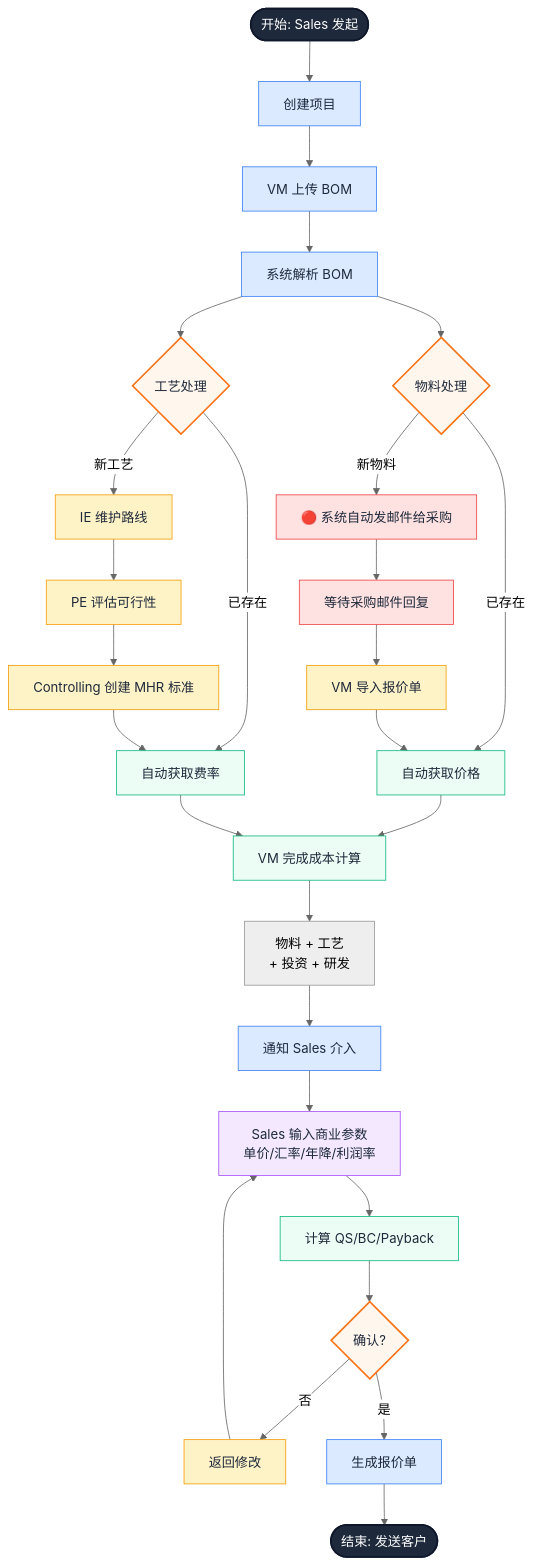
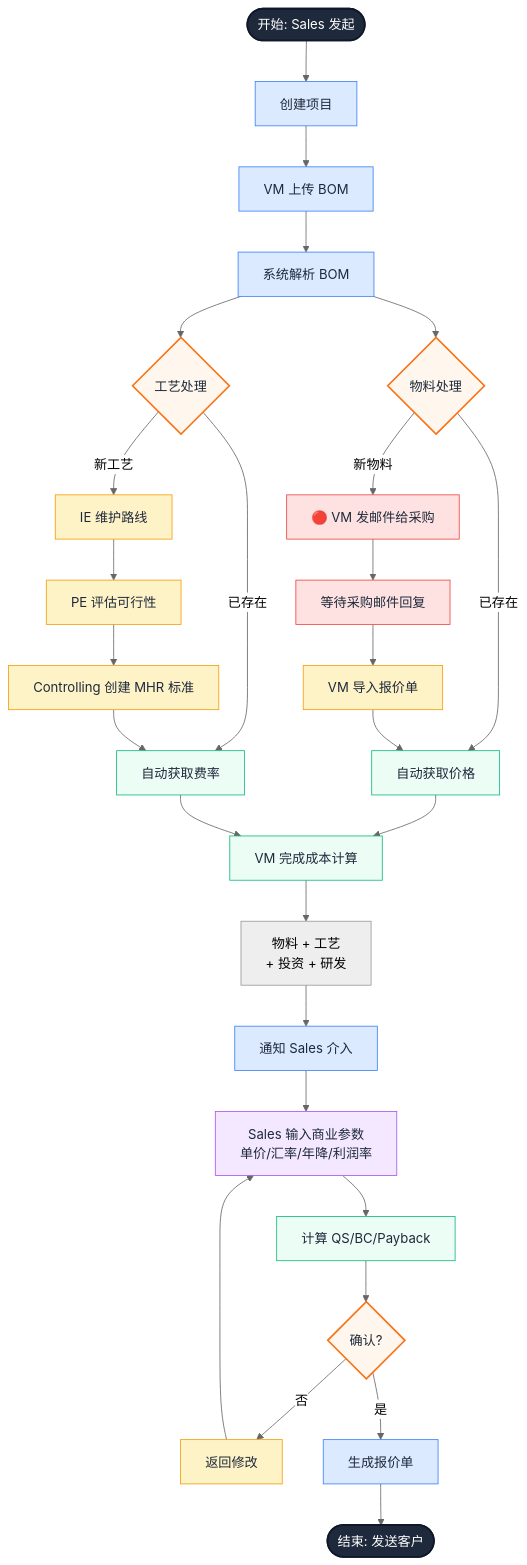
One commit to randyluo85/Quoting-Copilot changed the first of 2 diagrams in docs/PRD.md. Above: the diagram before and after it, drawn with Mermaid (neutral theme).

Commit message:
auto: claude changes

````diff
--- a/docs/PRD.md
+++ b/docs/PRD.md
@@ -383,59 +383,59 @@
 ```mermaid
 flowchart TB
     Start([开始: Sales 发起]) --> Project[创建项目]
 
     Project --> Upload[VM 上传 BOM]
     Upload --> Parse[系统解析 BOM]
 
     Parse --> MBranch{物料处理}
     Parse --> PBranch{工艺处理}
 
     %% 物料分支（左侧）
     MBranch -->|已存在| MAuto[自动获取价格]
-    MBranch -->|新物料| MMail[🔴 系统自动发邮件给采购]
+    MBranch -->|新物料| MMail[🔴 VM 发邮件给采购]
     MMail --> MWait[等待采购邮件回复]
     MWait --> MImport[VM 导入报价单]
     MImport --> MAuto
 
     %% 工艺分支（右侧）
     PBranch -->|已存在| PAuto[自动获取费率]
     PBranch -->|新工艺| PIE[IE 维护路线]
     PIE --> PPE[PE 评估可行性]
     PPE --> PControl[Controlling 创建 MHR 标准]
     PControl --> PAuto
 
     %% 汇合计算
     MAuto --> Calc[VM 完成成本计算]
     PAuto --> Calc
 
     Calc --> CalcFull[物料 + 工艺<br/>+ 投资 + 研发]
     CalcFull --> Notify[通知 Sales 介入]
 
     %% Sales 输入商业参数
     Notify --> Sales[Sales 输入商业参数<br/>单价/汇率/年降/利润率]
     Sales --> CalcQSBC[计算 QS/BC/Payback]
 
     CalcQSBC --> SDec{确认?}
     SDec -->|否| SEdit[返回修改]
     SEdit --> Sales
 
     SDec -->|是| Export[生成报价单]
     Export --> End([结束: 发送客户])
 
     %% 样式：深色文字 + 浅色背景
     classDef startEnd fill:#1e293b,stroke:#0f172a,stroke-width:2px,color:#fff
     classDef decision fill:#fff7ed,stroke:#f97316,stroke-width:2px,color:#1e293b
     classDef auto fill:#ecfdf5,stroke:#10b981,stroke-width:1px,color:#1e293b
     classDef manual fill:#fef3c7,stroke:#f59e0b,stroke-width:1px,color:#1e293b
     classDef system fill:#dbeafe,stroke:#3b82f6,stroke-width:1px,color:#1e293b
     classDef review fill:#f3e8ff,stroke:#a855f7,stroke-width:1px,color:#1e293b
     classDef email fill:#fee2e2,stroke:#ef4444,stroke-width:1px,color:#1e293b
 
     class Start,End startEnd
     class MBranch,PBranch,SDec decision
     class MAuto,PAuto,Calc,CalcQSBC auto
     class PIE,PPE,PControl,SEdit,MImport manual
     class Project,Upload,Parse,Notify,Export system
     class Sales review
     class MMail,MWait email
 ```
````
